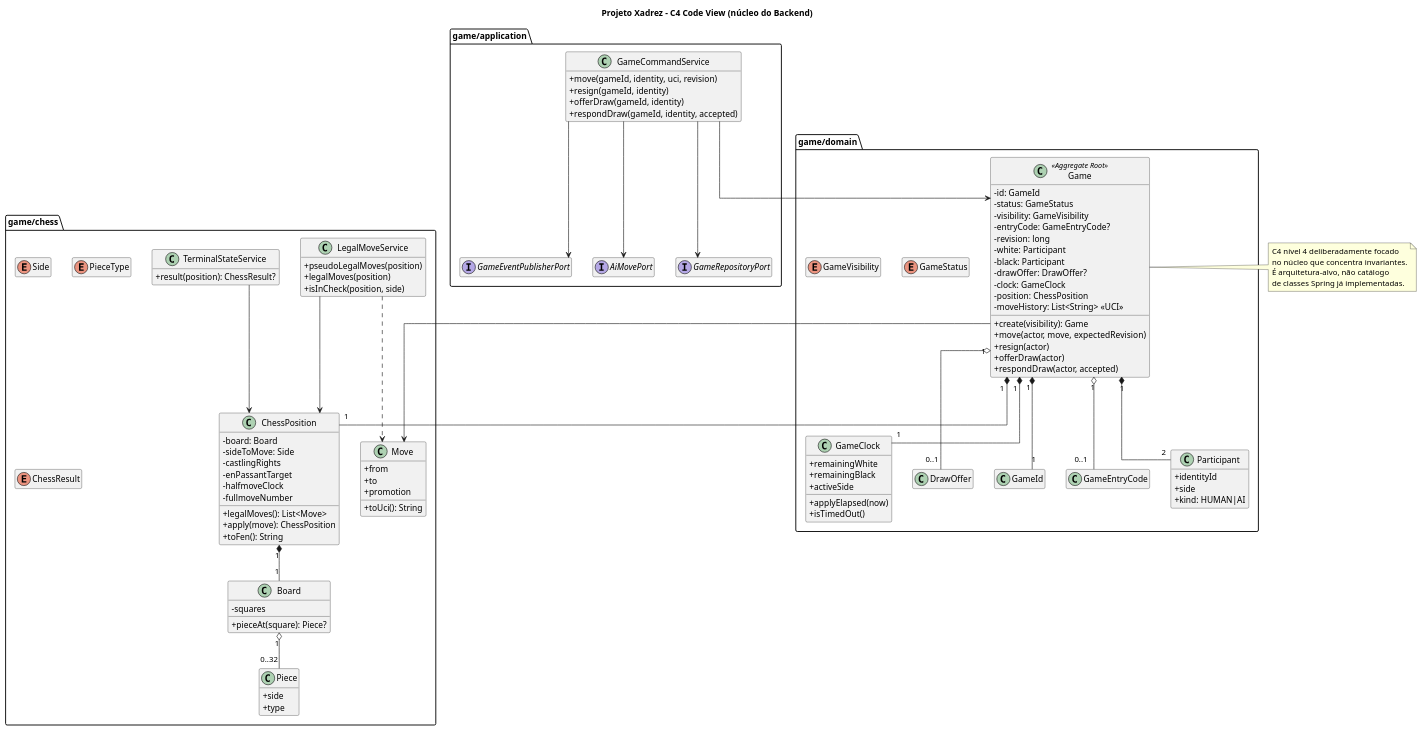
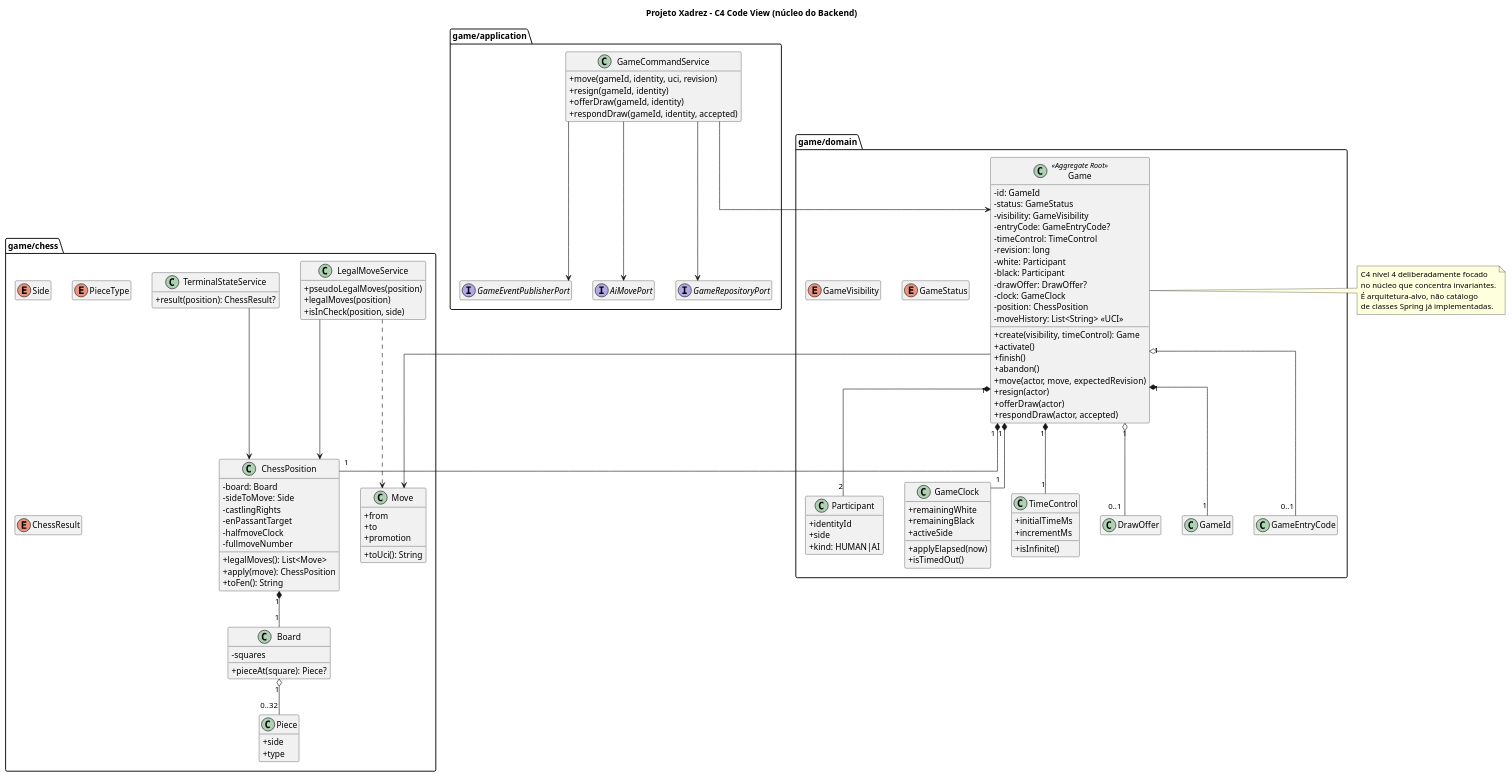
One commit to brenomega/chess-backend changed the diagram in docs/architecture/diagrams/c4-domain-code.puml. Above: the diagram before and after it, drawn with PlantUML. The commit also changed 5 other files, not shown here.

```diff
--- a/docs/architecture/diagrams/c4-domain-code.puml
+++ b/docs/architecture/diagrams/c4-domain-code.puml
@@ -1,130 +1,141 @@
 @startuml
 hide empty members
 skinparam classAttributeIconSize 0
 skinparam linetype ortho
 
 title Projeto Xadrez - C4 Code View (núcleo do Backend)
 
 package "game/domain" {
   class Game <<Aggregate Root>> {
     - id: GameId
     - status: GameStatus
     - visibility: GameVisibility
     - entryCode: GameEntryCode?
+    - timeControl: TimeControl
     - revision: long
     - white: Participant
     - black: Participant
     - drawOffer: DrawOffer?
     - clock: GameClock
     - position: ChessPosition
     - moveHistory: List<String> <<UCI>>
-    + create(visibility): Game
+    + create(visibility, timeControl): Game
+    + activate()
+    + finish()
+    + abandon()
     + move(actor, move, expectedRevision)
     + resign(actor)
     + offerDraw(actor)
     + respondDraw(actor, accepted)
   }
 
   class Participant {
     + identityId
     + side
     + kind: HUMAN|AI
   }
 
   class GameClock {
     + remainingWhite
     + remainingBlack
     + activeSide
     + applyElapsed(now)
     + isTimedOut()
+  }
+
+  class TimeControl {
+    + initialTimeMs
+    + incrementMs
+    + isInfinite()
   }
 
   class DrawOffer
   class GameId
   class GameEntryCode
   enum GameStatus
   enum GameVisibility
 }
 
 package "game/chess" {
   class ChessPosition {
     - board: Board
     - sideToMove: Side
     - castlingRights
     - enPassantTarget
     - halfmoveClock
     - fullmoveNumber
     + legalMoves(): List<Move>
     + apply(move): ChessPosition
     + toFen(): String
   }
 
   class Board {
     - squares
     + pieceAt(square): Piece?
   }
 
   class Move {
     + from
     + to
     + promotion
     + toUci(): String
   }
 
   class Piece {
     + side
     + type
   }
 
   class LegalMoveService {
     + pseudoLegalMoves(position)
     + legalMoves(position)
     + isInCheck(position, side)
   }
 
   class TerminalStateService {
     + result(position): ChessResult?
   }
 
   enum Side
   enum PieceType
   enum ChessResult
 }
 
 package "game/application" {
   class GameCommandService {
     + move(gameId, identity, uci, revision)
     + resign(gameId, identity)
     + offerDraw(gameId, identity)
     + respondDraw(gameId, identity, accepted)
   }
 
   interface GameRepositoryPort
   interface GameEventPublisherPort
   interface AiMovePort
 }
 
 Game "1" *-- "1" ChessPosition
 Game "1" *-- "1" GameClock
+Game "1" *-- "1" TimeControl
 Game "1" *-- "2" Participant
 Game "1" o-- "0..1" DrawOffer
 Game "1" *-- "1" GameId
 Game "1" o-- "0..1" GameEntryCode
 ChessPosition "1" *-- "1" Board
 Board "1" o-- "0..32" Piece
 LegalMoveService --> ChessPosition
 TerminalStateService --> ChessPosition
 LegalMoveService ..> Move
 GameCommandService --> GameRepositoryPort
 GameCommandService --> Game
 GameCommandService --> GameEventPublisherPort
 GameCommandService --> AiMovePort
 Game --> Move
 
 note right of Game
 C4 nível 4 deliberadamente focado
 no núcleo que concentra invariantes.
 É arquitetura-alvo, não catálogo
 de classes Spring já implementadas.
 end note
 @enduml
```
